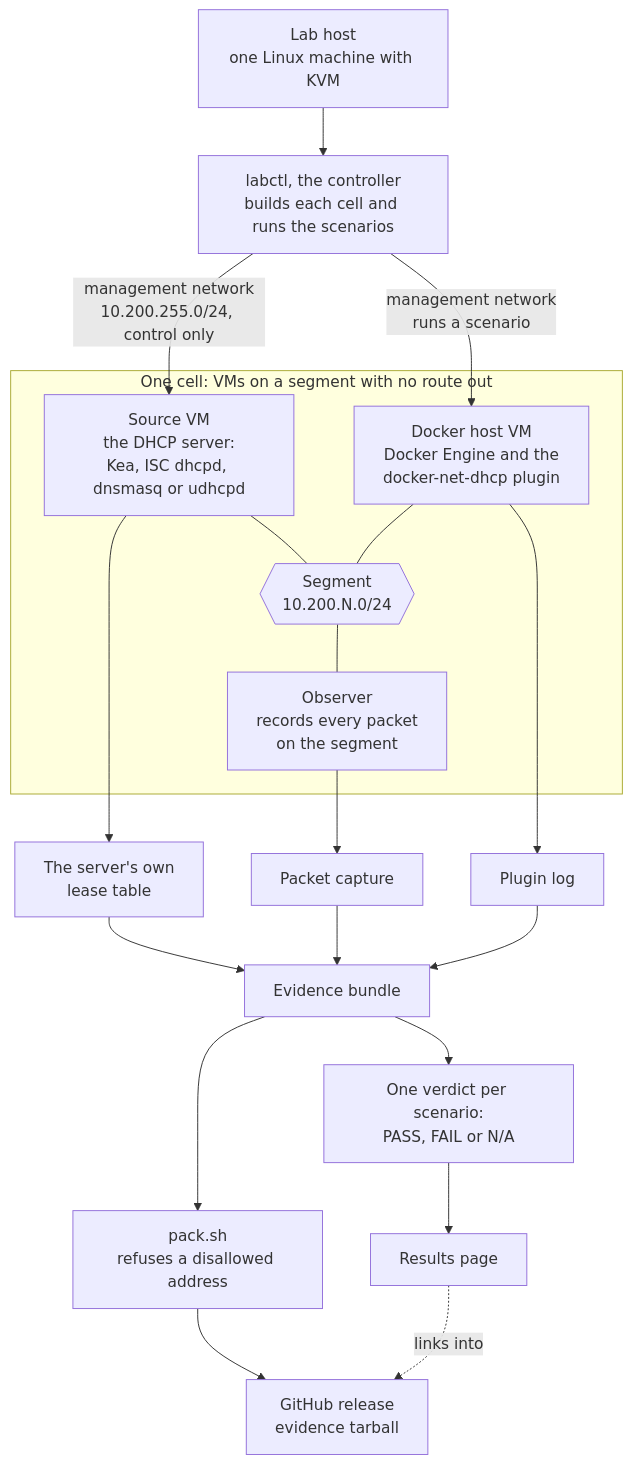
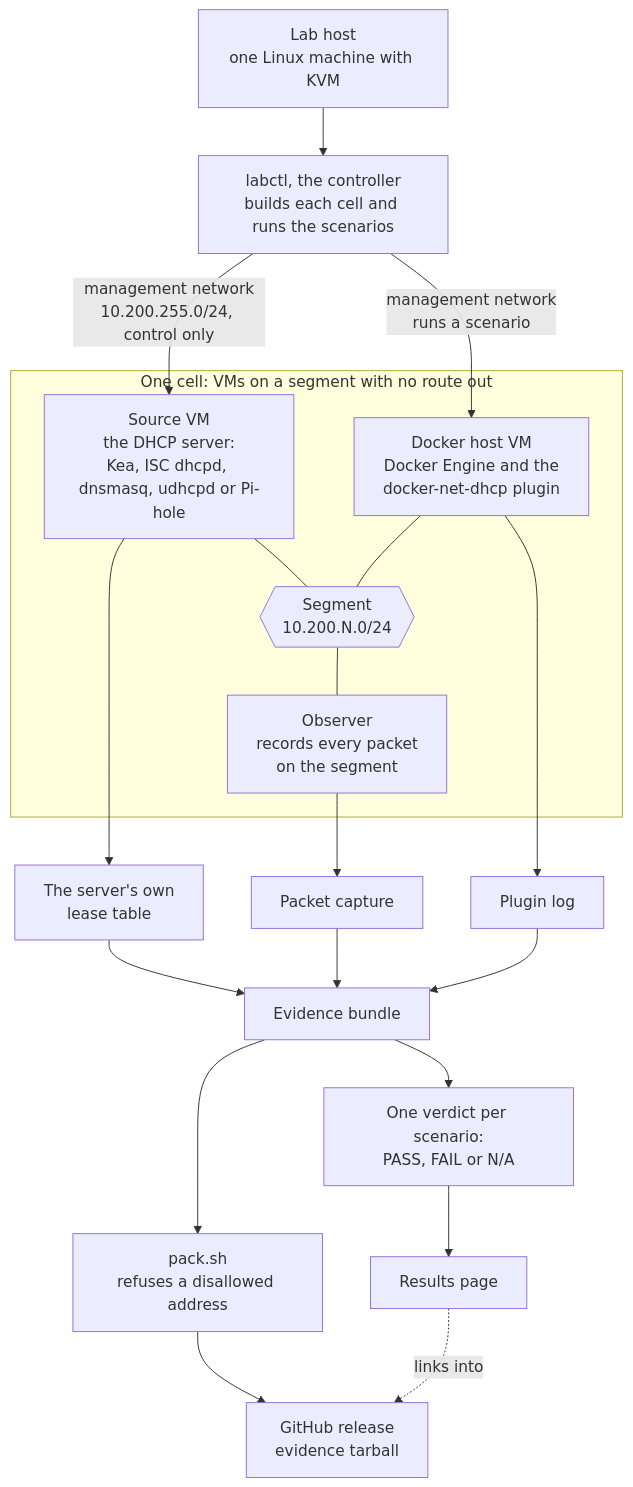
One commit to claymore666/docker-net-dhcp-lab changed the diagram in README.md. Above: the diagram before and after it, drawn with Mermaid. The commit also changed other lines of this file and 3 other files, not shown here.

````diff
--- a/README.md
+++ b/README.md
@@ -16,31 +16,31 @@
 ```mermaid
 flowchart TD
   host["Lab host<br/>one Linux machine with KVM"]
   ctrl["labctl, the controller<br/>builds each cell and runs the scenarios"]
   host --> ctrl
 
   subgraph cell ["One cell: VMs on a segment with no route out"]
-    src["Source VM<br/>the DHCP server:<br/>Kea, ISC dhcpd, dnsmasq or udhcpd"]
+    src["Source VM<br/>the DHCP server:<br/>Kea, ISC dhcpd, dnsmasq, udhcpd or Pi-hole"]
     seg{{"Segment<br/>10.200.N.0/24"}}
     dock["Docker host VM<br/>Docker Engine and the<br/>docker-net-dhcp plugin"]
     obs["Observer<br/>records every packet<br/>on the segment"]
     src --- seg
     dock --- seg
     seg --- obs
   end
 
   ctrl -- "management network<br/>10.200.255.0/24, control only" --> src
   ctrl -- "management network<br/>runs a scenario" --> dock
 
   src --> leases["The server's own<br/>lease table"]
   obs --> pcap["Packet capture"]
   dock --> plog["Plugin log"]
   leases --> bundle["Evidence bundle"]
   pcap --> bundle
   plog --> bundle
   bundle --> verdict["One verdict per scenario:<br/>PASS, FAIL or N/A"]
   verdict --> page["Results page"]
   bundle --> pack["pack.sh<br/>refuses a disallowed address"]
   pack --> release["GitHub release<br/>evidence tarball"]
   page -. links into .-> release
 ```
````
